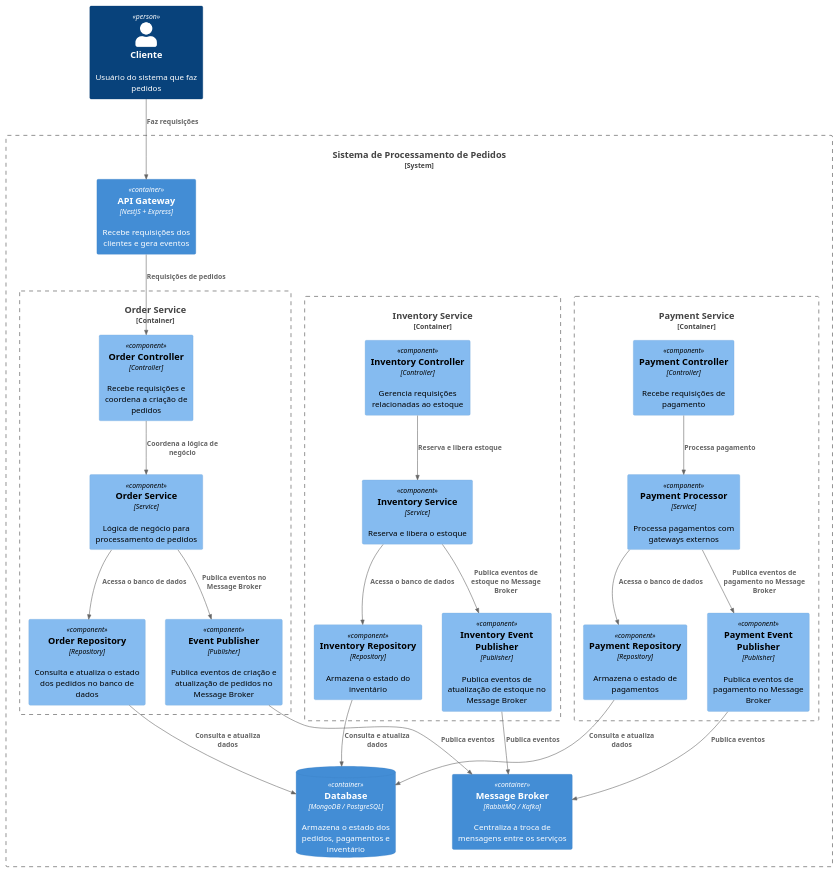
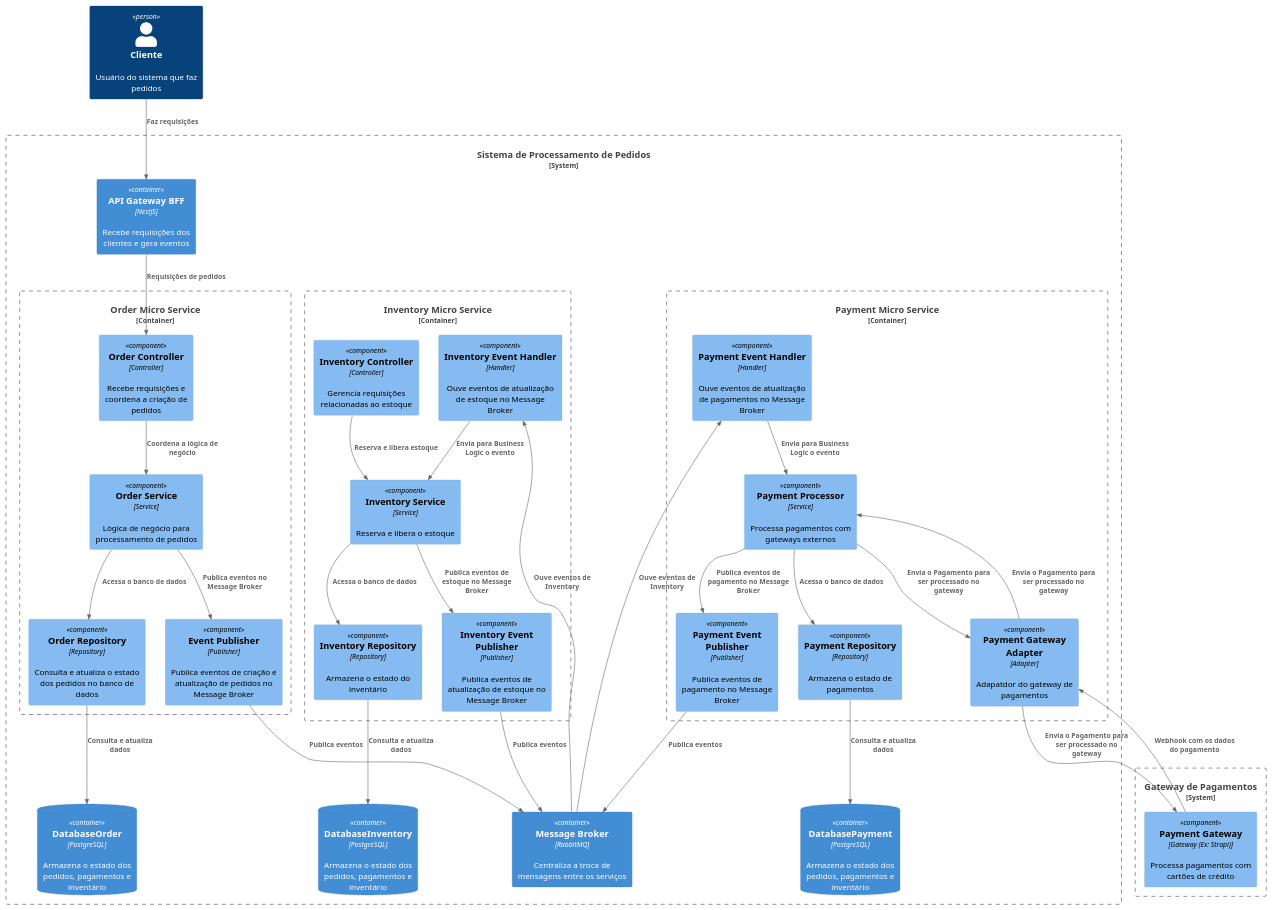
The diagram in n3-component.plantuml (jnerydesigner/Bemol), drawn with PlantUML before and after one commit. The commit also changed 4 other files, not shown here.

```diff
--- a/n3-component.plantuml
+++ b/n3-component.plantuml
@@ -1,57 +1,86 @@
 @startuml Component n3
 !include https://raw.githubusercontent.com/plantuml-stdlib/C4-PlantUML/master/C4_Component.puml
 
 Person(cliente, "Cliente", "Usuário do sistema que faz pedidos")
 
+
+
 System_Boundary(spp_boundary, "Sistema de Processamento de Pedidos") {
 
-  Container(apiGateway, "API Gateway", "NestJS + Express", "Recebe requisições dos clientes e gera eventos")
+  Container(apiGateway, "API Gateway BFF", "NestJS", "Recebe requisições dos clientes e gera eventos")
 
-  Container_Boundary(orderService, "Order Service") {
+' Order Micro Service
+  Container_Boundary(orderService, "Order Micro Service") {
     Component(orderController, "Order Controller", "Controller", "Recebe requisições e coordena a criação de pedidos")
     Component(orderServiceComponent, "Order Service", "Service", "Lógica de negócio para processamento de pedidos")
     Component(orderRepository, "Order Repository", "Repository", "Consulta e atualiza o estado dos pedidos no banco de dados")
     Component(eventPublisher, "Event Publisher", "Publisher", "Publica eventos de criação e atualização de pedidos no Message Broker")
   }
 
-  Container_Boundary(paymentService, "Payment Service") {
-    Component(paymentController, "Payment Controller", "Controller", "Recebe requisições de pagamento")
+  ' Payment Micro Service
+
+  Container_Boundary(paymentService, "Payment Micro Service") {
     Component(paymentProcessor, "Payment Processor", "Service", "Processa pagamentos com gateways externos")
     Component(paymentRepository, "Payment Repository", "Repository", "Armazena o estado de pagamentos")
     Component(paymentEventPublisher, "Payment Event Publisher", "Publisher", "Publica eventos de pagamento no Message Broker")
+
+    Component(paymentEventHandler, "Payment Event Handler", "Handler", "Ouve eventos de atualização de pagamentos no Message Broker")
+
+    Component(paymentGatewayAdapter, "Payment Gateway Adapter", "Adapter", "Adapatdor do gateway de pagamentos")
   }
 
-  Container_Boundary(inventoryService, "Inventory Service") {
+  ' Inventory Micro Service
+
+  Container_Boundary(inventoryService, "Inventory Micro Service") {
     Component(inventoryController, "Inventory Controller", "Controller", "Gerencia requisições relacionadas ao estoque")
     Component(inventoryServiceComponent, "Inventory Service", "Service", "Reserva e libera o estoque")
     Component(inventoryRepository, "Inventory Repository", "Repository", "Armazena o estado do inventário")
     Component(inventoryEventPublisher, "Inventory Event Publisher", "Publisher", "Publica eventos de atualização de estoque no Message Broker")
+
+    Component(inventoryEventHandler, "Inventory Event Handler", "Handler", "Ouve eventos de atualização de estoque no Message Broker")
   }
 
-  Container(messageBroker, "Message Broker", "RabbitMQ / Kafka", "Centraliza a troca de mensagens entre os serviços")
+  Container(messageBroker, "Message Broker", "RabbitMQ", "Centraliza a troca de mensagens entre os serviços")
 
-  ContainerDb(database, "Database", "MongoDB / PostgreSQL", "Armazena o estado dos pedidos, pagamentos e inventário")
+  ContainerDb(databaseOrder, "DatabaseOrder", "PostgreSQL", "Armazena o estado dos pedidos, pagamentos e inventário")
+  ContainerDb(databaseInventory, "DatabaseInventory", "PostgreSQL", "Armazena o estado dos pedidos, pagamentos e inventário")
+  ContainerDb(databasePayment, "DatabasePayment", "PostgreSQL", "Armazena o estado dos pedidos, pagamentos e inventário")
 }
 
 Rel(cliente, apiGateway, "Faz requisições")
 Rel(apiGateway, orderController, "Requisições de pedidos")
 Rel(orderController, orderServiceComponent, "Coordena a lógica de negócio")
 Rel(orderServiceComponent, orderRepository, "Acessa o banco de dados")
 Rel(orderServiceComponent, eventPublisher, "Publica eventos no Message Broker")
 
-Rel(paymentController, paymentProcessor, "Processa pagamento")
+
 Rel(paymentProcessor, paymentRepository, "Acessa o banco de dados")
 Rel(paymentProcessor, paymentEventPublisher, "Publica eventos de pagamento no Message Broker")
 
 Rel(inventoryController, inventoryServiceComponent, "Reserva e libera estoque")
 Rel(inventoryServiceComponent, inventoryRepository, "Acessa o banco de dados")
 Rel(inventoryServiceComponent, inventoryEventPublisher, "Publica eventos de estoque no Message Broker")
 
 Rel(eventPublisher, messageBroker, "Publica eventos")
 Rel(paymentEventPublisher, messageBroker, "Publica eventos")
 Rel(inventoryEventPublisher, messageBroker, "Publica eventos")
-Rel(orderRepository, database, "Consulta e atualiza dados")
-Rel(paymentRepository, database, "Consulta e atualiza dados")
-Rel(inventoryRepository, database, "Consulta e atualiza dados")
+Rel(orderRepository, databaseOrder, "Consulta e atualiza dados")
+Rel(paymentRepository, databasePayment, "Consulta e atualiza dados")
+Rel(inventoryRepository, databaseInventory, "Consulta e atualiza dados")
+
+Rel(messageBroker, inventoryEventHandler, "Ouve eventos de Inventory")
+Rel(inventoryEventHandler, inventoryServiceComponent, "Envia para Business Logic o evento")
+
+Rel(messageBroker, paymentEventHandler, "Ouve eventos de Inventory")
+Rel(paymentEventHandler, paymentProcessor, "Envia para Business Logic o evento")
+
+System_Boundary(paymentGatewaySystem, "Gateway de Pagamentos") {
+  Component(paymentGateway, "Payment Gateway", "Gateway (Ex: Strapi)", "Processa pagamentos com cartões de crédito")
+}
+
+Rel(paymentGateway, paymentGatewayAdapter, "Webhook com os dados do pagamento")
+Rel(paymentProcessor, paymentGatewayAdapter,"Envia o Pagamento para ser processado no gateway")
+Rel(paymentGatewayAdapter, paymentProcessor,"Envia o Pagamento para ser processado no gateway")
+Rel(paymentGatewayAdapter, paymentGateway,"Envia o Pagamento para ser processado no gateway")
 
 @enduml
```
